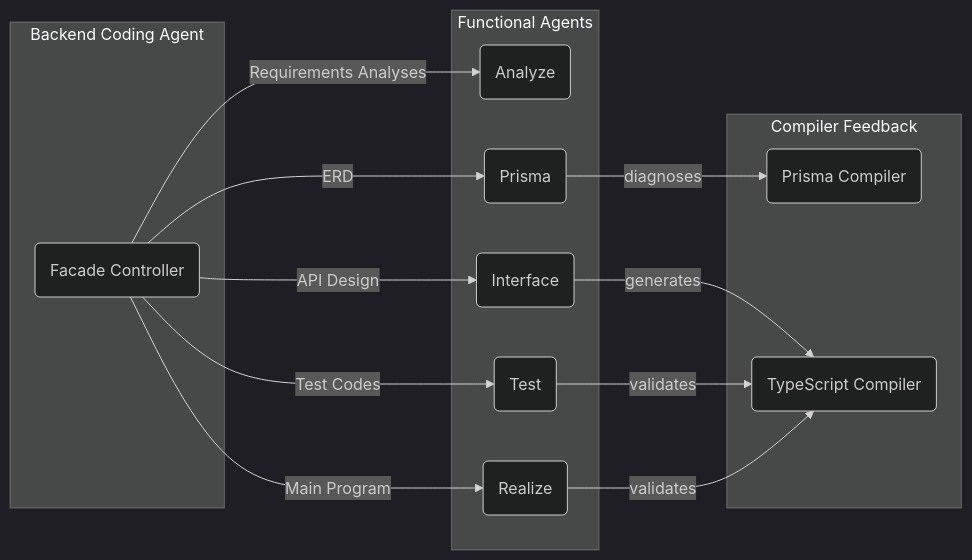
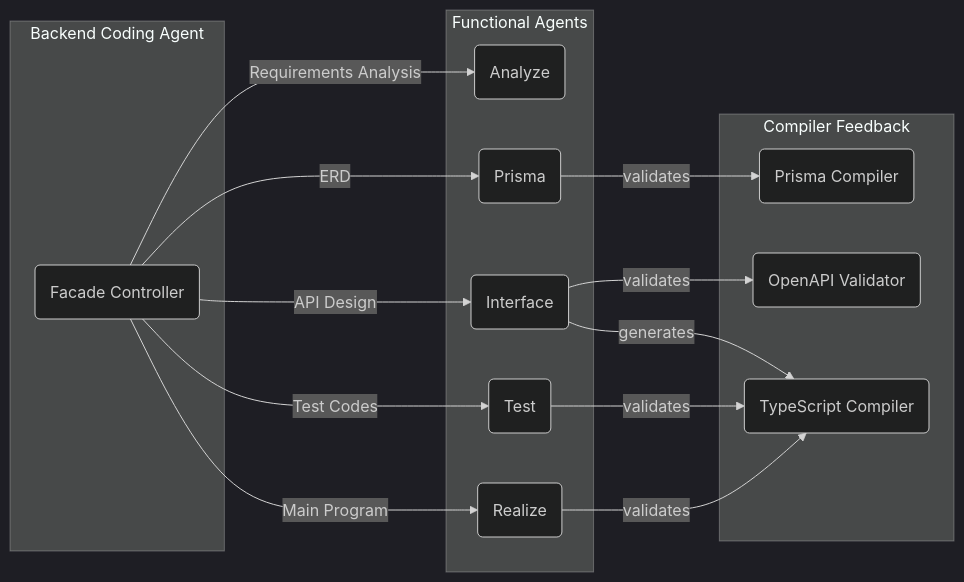
Before and after one commit to samchon/embed-prisma: the diagram in README.md, drawn with Mermaid (dark theme). The commit also changed 9 other files, not shown here.

````diff
--- a/README.md
+++ b/README.md
@@ -66,19 +66,20 @@
 ```mermaid
 flowchart LR
 subgraph "Backend Coding Agent"
   coder("Facade Controller")
 end
 subgraph "Functional Agents"
-  coder --"Requirements Analyses"--> analyze("Analyze")
+  coder --"Requirements Analysis"--> analyze("Analyze")
   coder --"ERD"--> prisma("Prisma")
   coder --"API Design"--> interface("Interface")
   coder --"Test Codes" --> test("Test")
   coder --"Main Program" --> realize("Realize")
 end
 subgraph "Compiler Feedback"
-  prisma --"diagnoses" --> prismaCompiler("Prisma Compiler")
+  prisma --"validates" --> prismaCompiler("Prisma Compiler")
+  interface --"validates" --> openapiValidator("OpenAPI Validator")
   interface --"generates" --> tsCompiler("TypeScript Compiler")
   test --"validates" --> tsCompiler("TypeScript Compiler")
   realize --"validates" --> tsCompiler("TypeScript Compiler")
 end
 ```
````
